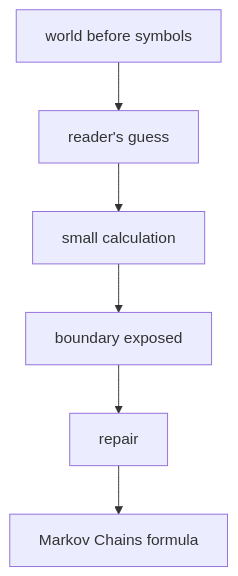
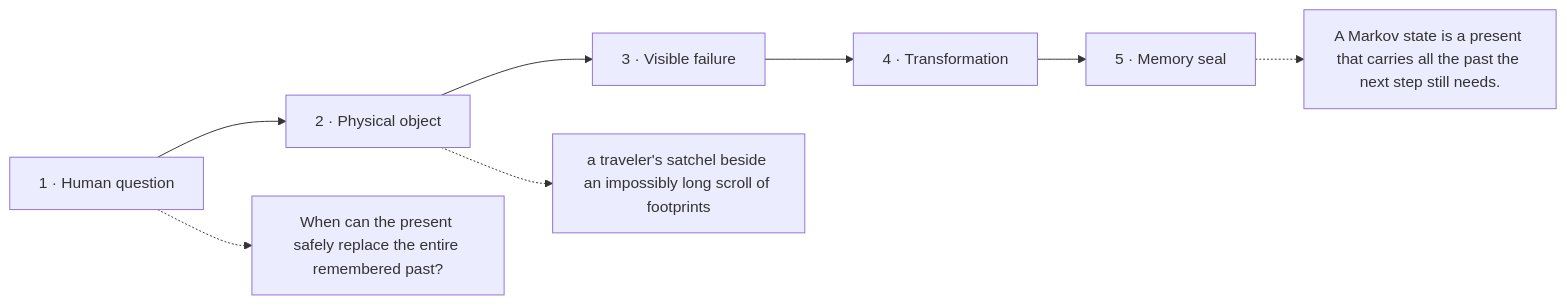
One commit to kleem-labs/AI-Archaeology changed the diagram in excavations/222-markov-chains/diagram.md. Above: the diagram before and after it, drawn with Mermaid. The commit also changed other lines of this file and 117 other files, not shown here.

````diff
--- a/excavations/222-markov-chains/diagram.md
+++ b/excavations/222-markov-chains/diagram.md
@@ -3,8 +5,10 @@
 ```mermaid
-flowchart TB
-  W["world before symbols"] --> G["reader's guess"]
-  G --> C["small calculation"]
-  C --> B["boundary exposed"]
-  B --> R["repair"]
-  R --> F["Markov Chains formula"]
+flowchart LR
+  Q["1 · Human question"] --> O["2 · Physical object"]
+  O --> F["3 · Visible failure"]
+  F --> T["4 · Transformation"]
+  T --> S["5 · Memory seal"]
+  Q -.-> QD["When can the present safely replace the entire remembered past?"]
+  O -.-> OD["a traveler's satchel beside an impossibly long scroll of footprints"]
+  S -.-> SD["A Markov state is a present that carries all the past the next step still needs."]
 ```
````
